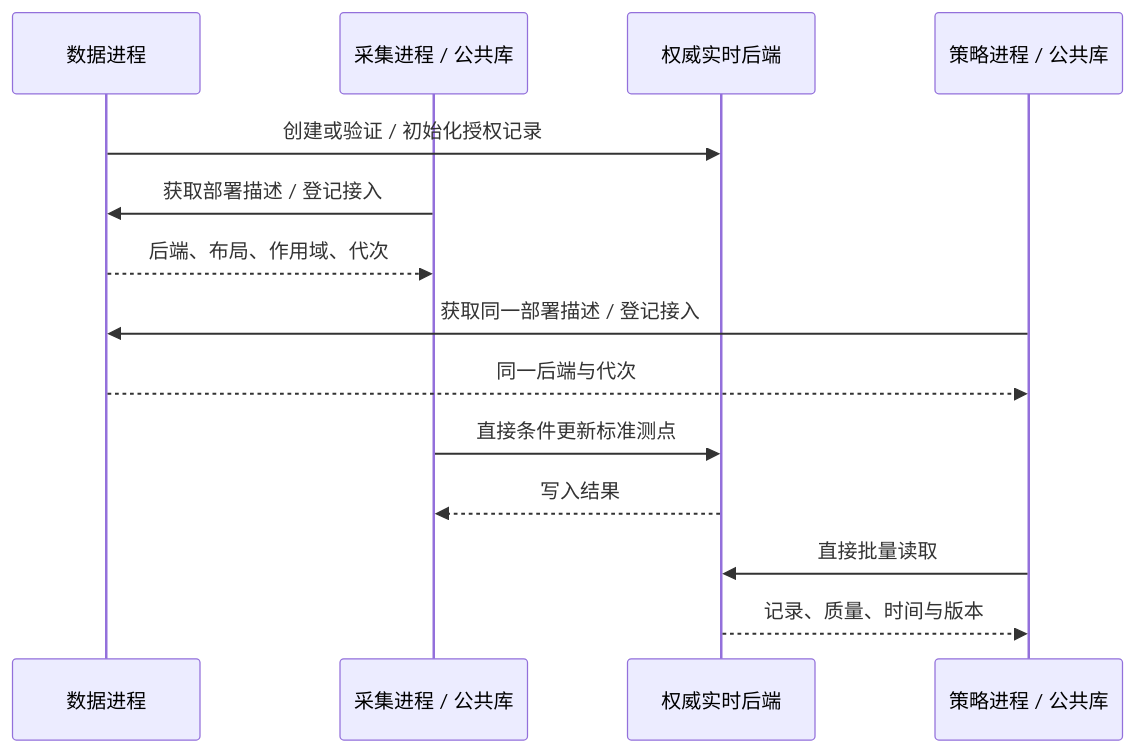
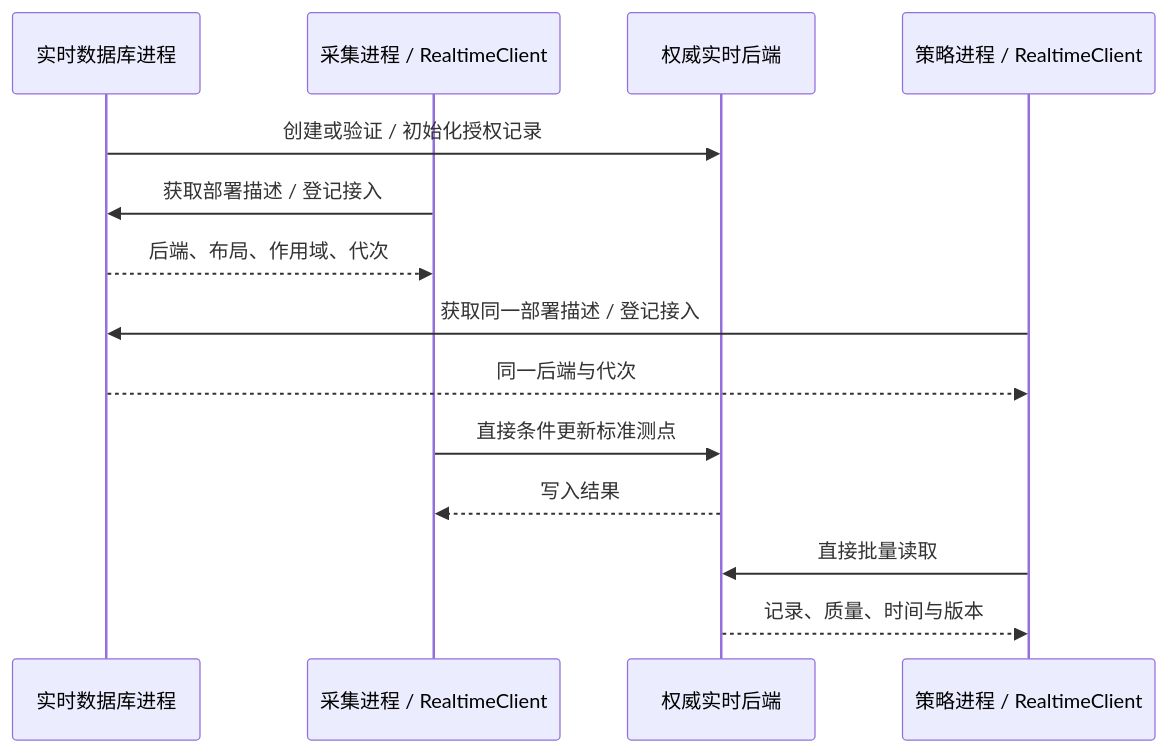
Before and after one commit to 600888/ems: the second of 2 diagrams in website/docs/processes/data/design.md, drawn with Mermaid. The commit also changed other lines of this file and 3385 other files, not shown here.

````diff
--- a/website/docs/processes/data/design.md
+++ b/website/docs/processes/data/design.md
@@ -76,16 +107,16 @@
 ```mermaid
 sequenceDiagram
-    participant D as 数据进程
-    participant C as 采集进程 / 公共库
+    participant D as 实时数据库进程
+    participant C as 采集进程 / RealtimeClient
     participant R as 权威实时后端
-    participant S as 策略进程 / 公共库
+    participant S as 策略进程 / RealtimeClient
     D->>R: 创建或验证 / 初始化授权记录
     C->>D: 获取部署描述 / 登记接入
     D-->>C: 后端、布局、作用域、代次
     S->>D: 获取同一部署描述 / 登记接入
     D-->>S: 同一后端与代次
     C->>R: 直接条件更新标准测点
     R-->>C: 写入结果
     S->>R: 直接批量读取
     R-->>S: 记录、质量、时间与版本
 ```
````
